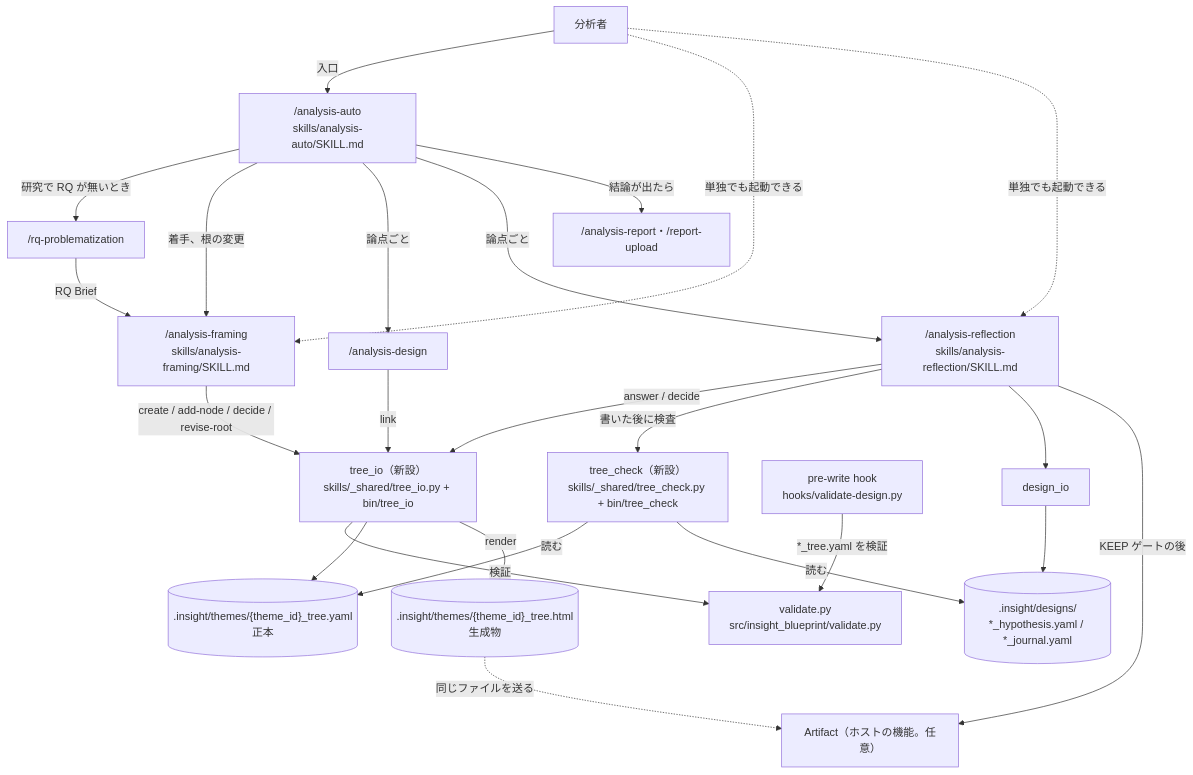
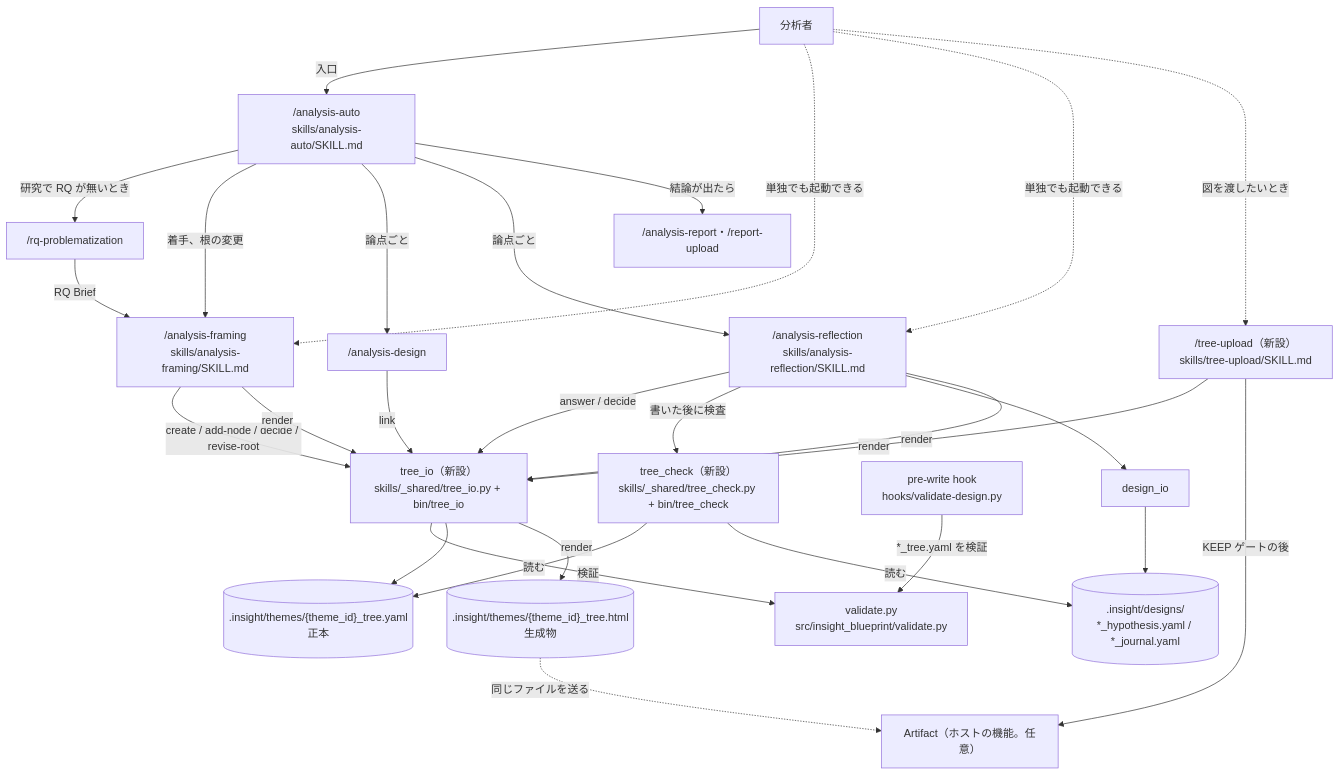
The first of 3 diagrams in docs/design/epic-18-question-tree.md (etoyama/insight-blueprint-skills), drawn with Mermaid before and after one commit. The commit also changed other lines of this file and 4 other files, not shown here.

Commit message:
docs(epic-18): Story 18.7 の決定と、/tree-upload を README・ARCHITECTURE・用語・CHANGELOG に足す（#124）

````diff
--- a/docs/design/epic-18-question-tree.md
+++ b/docs/design/epic-18-question-tree.md
@@ -166,43 +166,48 @@
 ```mermaid
 flowchart TD
     U[分析者]
     AUTO["/analysis-auto<br/>skills/analysis-auto/SKILL.md"]
     RQ["/rq-problematization"]
     RP["/analysis-report・/report-upload"]
     FR["/analysis-framing<br/>skills/analysis-framing/SKILL.md"]
     DS["/analysis-design"]
     RF["/analysis-reflection<br/>skills/analysis-reflection/SKILL.md"]
     TIO["tree_io（新設）<br/>skills/_shared/tree_io.py + bin/tree_io"]
     TC["tree_check（新設）<br/>skills/_shared/tree_check.py + bin/tree_check"]
     VAL["validate.py<br/>src/insight_blueprint/validate.py"]
     HOOK["pre-write hook<br/>hooks/validate-design.py"]
     DIO["design_io"]
     TREE[(".insight/themes/{theme_id}_tree.yaml<br/>正本")]
     HTML[(".insight/themes/{theme_id}_tree.html<br/>生成物")]
     DES[(".insight/designs/<br/>*_hypothesis.yaml / *_journal.yaml")]
+    TU["/tree-upload（新設）<br/>skills/tree-upload/SKILL.md"]
     ART["Artifact（ホストの機能。任意）"]
 
     U -->|入口| AUTO
     AUTO -->|研究で RQ が無いとき| RQ
     RQ -->|RQ Brief| FR
     AUTO -->|着手、根の変更| FR
     AUTO -->|論点ごと| DS
     AUTO -->|論点ごと| RF
     AUTO -->|結論が出たら| RP
     U -.->|単独でも起動できる| FR
     U -.->|単独でも起動できる| RF
     FR -->|create / add-node / decide / revise-root| TIO
     DS -->|link| TIO
     RF -->|answer / decide| TIO
     RF -->|書いた後に検査| TC
     TIO -->|検証| VAL
     HOOK -->|"*_tree.yaml を検証"| VAL
     TIO --> TREE
     TIO -->|render| HTML
     TC -->|読む| TREE
     TC -->|読む| DES
     RF --> DIO
     DIO --> DES
-    RF -->|KEEP ゲートの後| ART
+    FR -->|render| TIO
+    RF -->|render| TIO
+    U -.->|図を渡したいとき| TU
+    TU -->|render| TIO
+    TU -->|KEEP ゲートの後| ART
     HTML -.->|同じファイルを送る| ART
 ```
````
